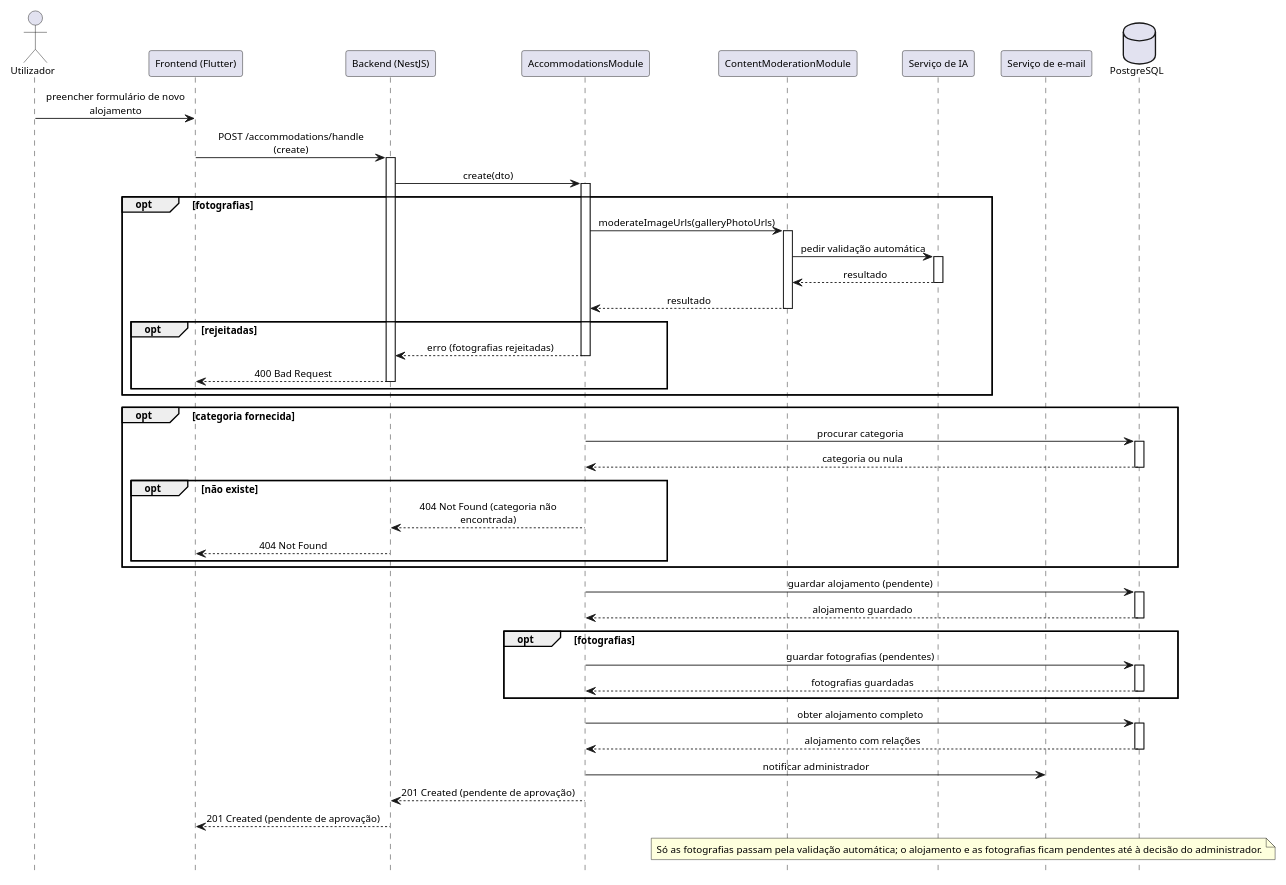
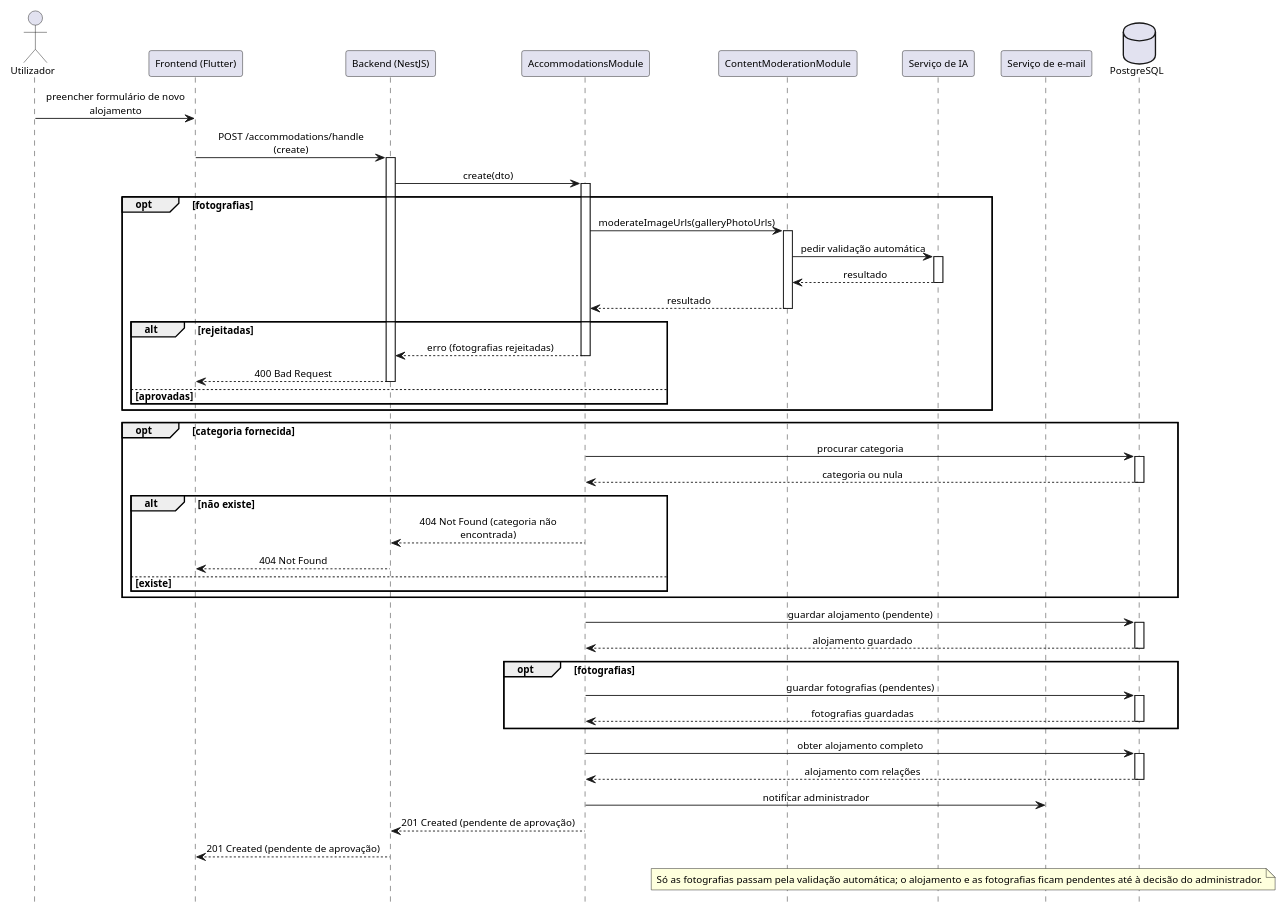
One commit to alegna83/cookbook-be changed the diagram in docs/diagrams/sequence-add-accommodation.puml. Above: the diagram before and after it, drawn with PlantUML. The commit also changed 1 other file, not shown here.

Commit message:
sequence-add-accommodation

```diff
--- a/docs/diagrams/sequence-add-accommodation.puml
+++ b/docs/diagrams/sequence-add-accommodation.puml
@@ -1,84 +1,86 @@
 @startuml
 scale 0.85
 hide footbox
 skinparam defaultFontName Arial
 skinparam defaultFontSize 11
 skinparam maxMessageSize 200
 skinparam sequence {
   ParticipantPadding 10
   BoxPadding 8
   MessageAlign center
   ArrowThickness 1
 }
 actor Utilizador
 participant "Frontend (Flutter)" as FE
 participant "Backend (NestJS)" as API
 participant "AccommodationsModule" as SVC
 participant "ContentModerationModule" as MOD
 participant "Serviço de IA" as AI
 participant "Serviço de e-mail" as EMAIL
 database "PostgreSQL" as DB
 
 Utilizador -> FE: preencher formulário de novo alojamento
 FE -> API: POST /accommodations/handle (create)
 activate API
 API -> SVC: create(dto)
 activate SVC
 
 opt fotografias
   SVC -> MOD: moderateImageUrls(galleryPhotoUrls)
   activate MOD
   MOD -> AI: pedir validação automática
   activate AI
   AI --> MOD: resultado
   deactivate AI
   MOD --> SVC: resultado
   deactivate MOD
-  opt rejeitadas
+  alt rejeitadas
     SVC --> API: erro (fotografias rejeitadas)
     deactivate SVC
     API --> FE: 400 Bad Request
     deactivate API
+  else aprovadas
   end
 end
 
 opt categoria fornecida
   SVC -> DB: procurar categoria
   activate DB
   DB --> SVC: categoria ou nula
   deactivate DB
-  opt não existe
+  alt não existe
     SVC --> API: 404 Not Found (categoria não encontrada)
     deactivate SVC
     API --> FE: 404 Not Found
     deactivate API
+  else existe
   end
 end
 
 SVC -> DB: guardar alojamento (pendente)
 activate DB
 DB --> SVC: alojamento guardado
 deactivate DB
 
 opt fotografias
   SVC -> DB: guardar fotografias (pendentes)
   activate DB
   DB --> SVC: fotografias guardadas
   deactivate DB
 end
 
 SVC -> DB: obter alojamento completo
 activate DB
 DB --> SVC: alojamento com relações
 deactivate DB
 
 SVC -> EMAIL: notificar administrador
 
 SVC --> API: 201 Created (pendente de aprovação)
 deactivate SVC
 API --> FE: 201 Created (pendente de aprovação)
 deactivate API
 
 note over MOD,DB: Só as fotografias passam pela validação automática; o alojamento e as fotografias ficam pendentes até à decisão do administrador.
 
 @enduml
```
